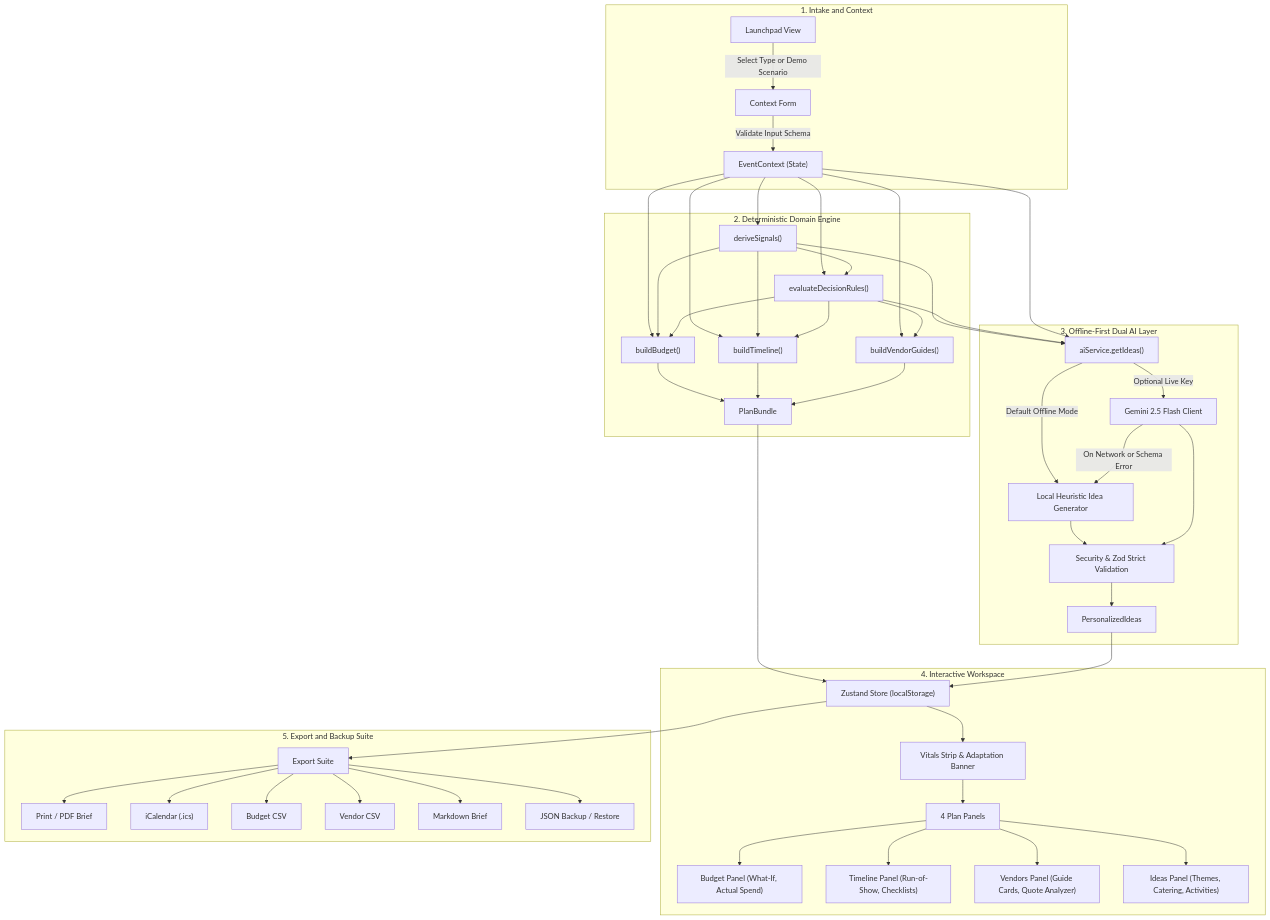
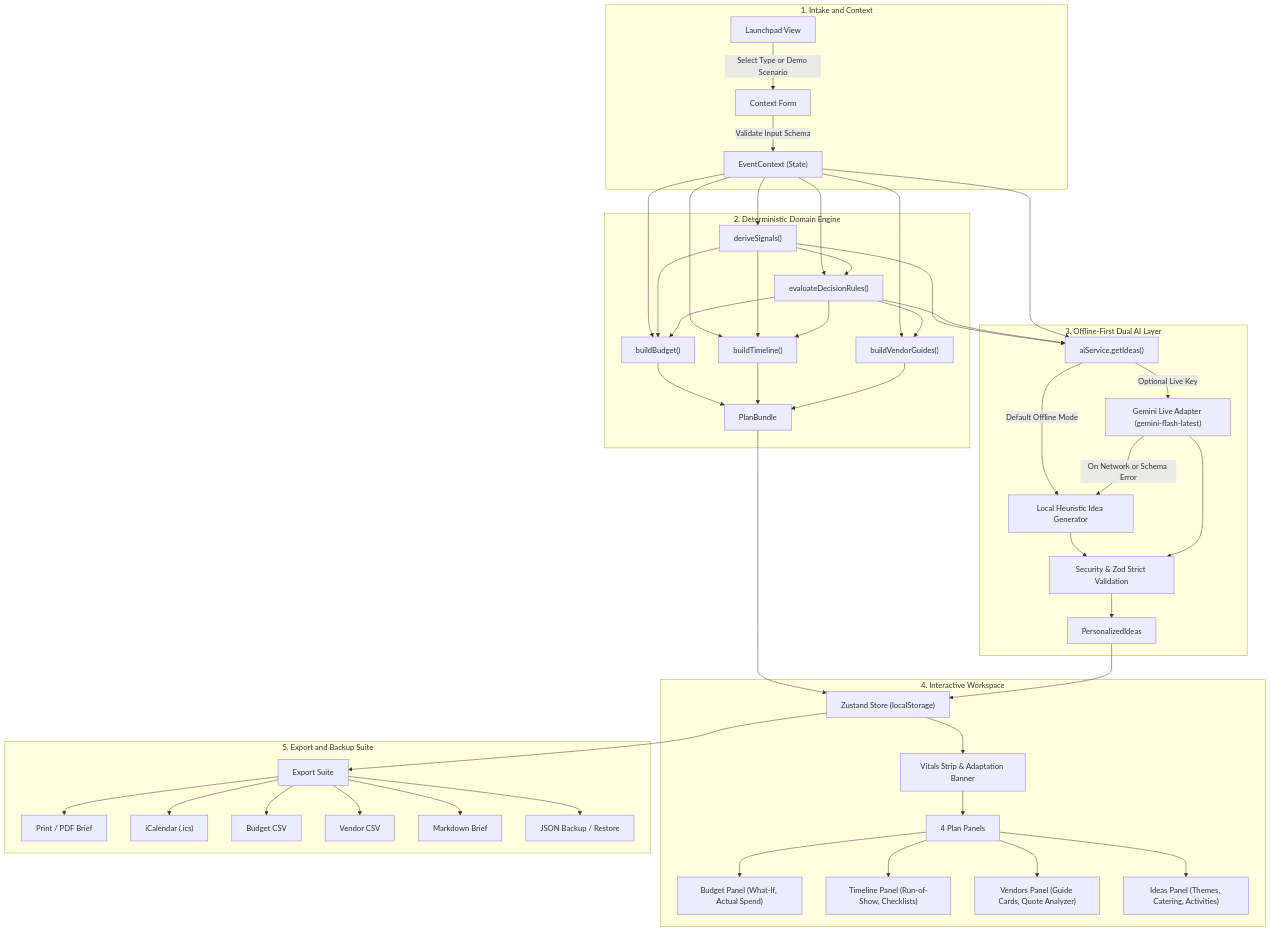
The diagram in README.md (akshayjadhav237237-cmd/gather-event-planner), drawn with Mermaid before and after one commit. The commit also changed other lines of this file and 2 other files, not shown here.

````diff
--- a/README.md
+++ b/README.md
@@ -111,45 +119,45 @@
 ```mermaid
 flowchart TD
     subgraph S1["1. Intake and Context"]
         LP["Launchpad View"] -->|Select Type or Demo Scenario| CF["Context Form"]
         CF -->|Validate Input Schema| EC["EventContext (State)"]
     end
 
     subgraph S2["2. Deterministic Domain Engine"]
         EC --> SIG["deriveSignals()"]
         EC & SIG --> DM["evaluateDecisionRules()"]
         EC & SIG & DM --> BE["buildBudget()"]
         EC & SIG & DM --> TE["buildTimeline()"]
         EC & DM --> VE["buildVendorGuides()"]
         BE & TE & VE --> PB["PlanBundle"]
     end
 
     subgraph S3["3. Offline-First Dual AI Layer"]
         EC & SIG & DM --> AIS["aiService.getIdeas()"]
         AIS -->|Default Offline Mode| LIG["Local Heuristic Idea Generator"]
-        AIS -->|Optional Live Key| GC["Gemini 2.5 Flash Client"]
+        AIS -->|Optional Live Key| GC["Gemini Live Adapter (gemini-flash-latest)"]
         GC -->|On Network or Schema Error| LIG
         LIG & GC --> SEC["Security & Zod Strict Validation"]
         SEC --> PI["PersonalizedIdeas"]
     end
 
     subgraph S4["4. Interactive Workspace"]
         PB & PI --> ST["Zustand Store (localStorage)"]
         ST --> VS["Vitals Strip & Adaptation Banner"]
         VS --> TABS["4 Plan Panels"]
         TABS --> P1["Budget Panel (What-If, Actual Spend)"]
         TABS --> P2["Timeline Panel (Run-of-Show, Checklists)"]
         TABS --> P3["Vendors Panel (Guide Cards, Quote Analyzer)"]
         TABS --> P4["Ideas Panel (Themes, Catering, Activities)"]
     end
 
     subgraph S5["5. Export and Backup Suite"]
         ST --> EXP["Export Suite"]
         EXP --> E1["Print / PDF Brief"]
         EXP --> E2["iCalendar (.ics)"]
         EXP --> E3["Budget CSV"]
         EXP --> E4["Vendor CSV"]
         EXP --> E5["Markdown Brief"]
         EXP --> E6["JSON Backup / Restore"]
     end
 ```
````
